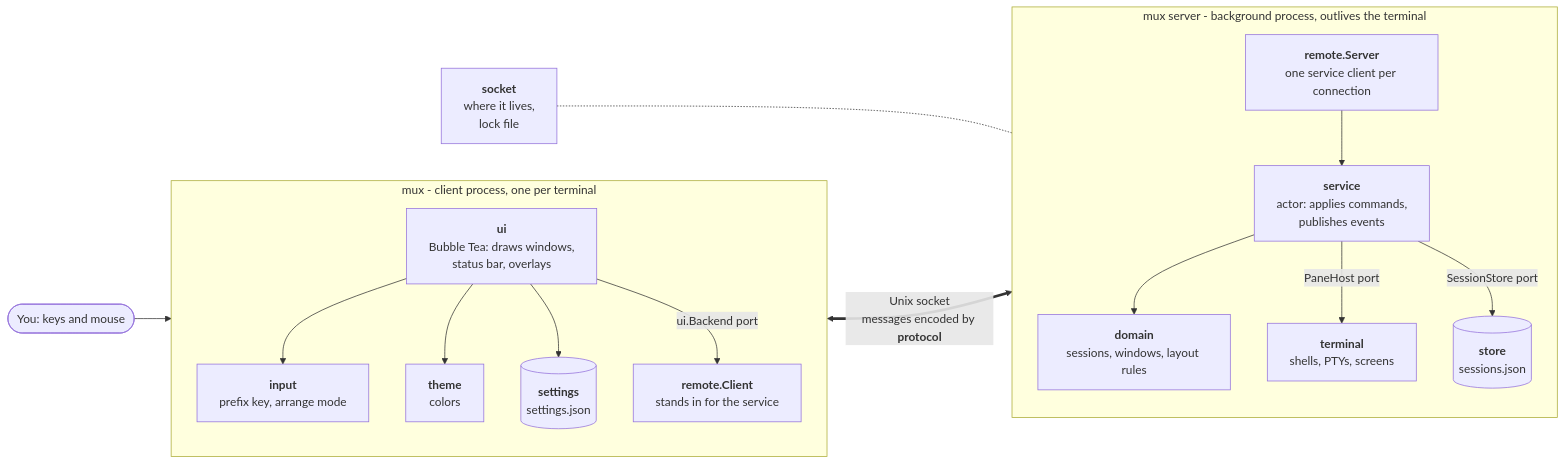
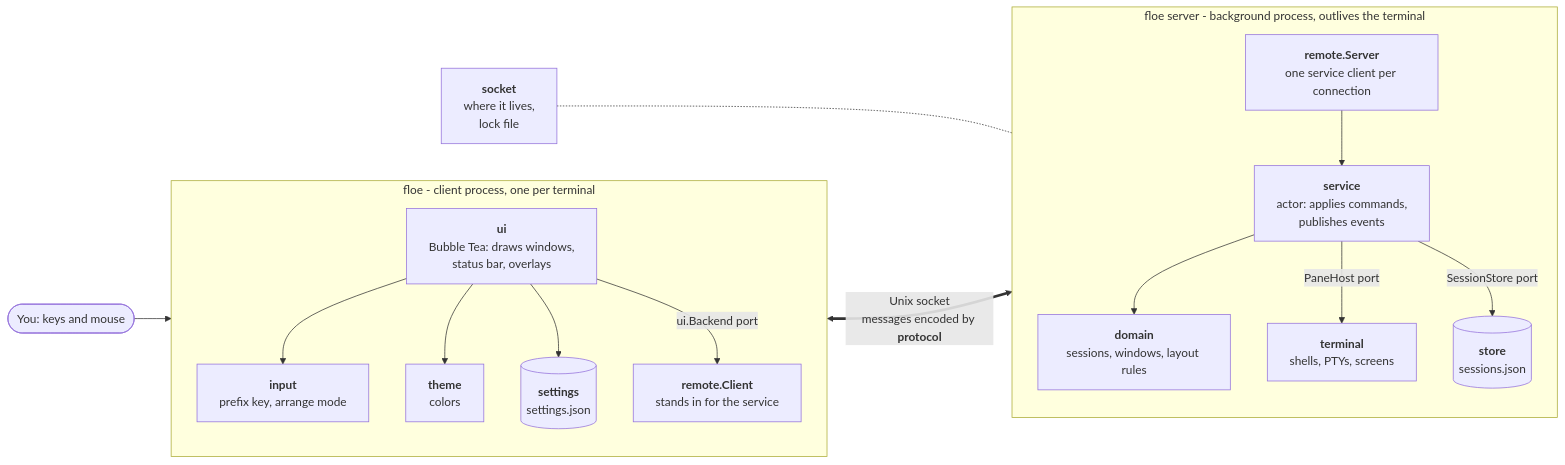
The first of 3 diagrams in ARCHITECTURE.md (thomassbooth/floe), drawn with Mermaid before and after one commit. The commit also changed other lines of this file and 72 other files, not shown here.

First line of the commit message:
Rename mux to floe

````diff
--- a/ARCHITECTURE.md
+++ b/ARCHITECTURE.md
@@ -10,34 +10,34 @@
 ```mermaid
 flowchart LR
     you(["You: keys and mouse"])
 
-    subgraph client["mux - client process, one per terminal"]
+    subgraph client["floe - client process, one per terminal"]
         direction TB
         ui["<b>ui</b><br/>Bubble Tea: draws windows,<br/>status bar, overlays"]
         input["<b>input</b><br/>prefix key, arrange mode"]
         theme["<b>theme</b><br/>colors"]
         settings[("<b>settings</b><br/>settings.json")]
         rclient["<b>remote.Client</b><br/>stands in for the service"]
         ui --> input
         ui --> theme
         ui --> settings
         ui -- "ui.Backend port" --> rclient
     end
 
-    subgraph server["mux server - background process, outlives the terminal"]
+    subgraph server["floe server - background process, outlives the terminal"]
         direction TB
         rserver["<b>remote.Server</b><br/>one service client per connection"]
         service["<b>service</b><br/>actor: applies commands,<br/>publishes events"]
         domain["<b>domain</b><br/>sessions, windows, layout rules"]
         terminal["<b>terminal</b><br/>shells, PTYs, screens"]
         store[("<b>store</b><br/>sessions.json")]
         rserver --> service
         service --> domain
         service -- "PaneHost port" --> terminal
         service -- "SessionStore port" --> store
     end
 
     you --> ui
     rclient <==>|"Unix socket<br/>messages encoded by <b>protocol</b>"| rserver
     socket["<b>socket</b><br/>where it lives,<br/>lock file"] -.- rserver
 ```
````
